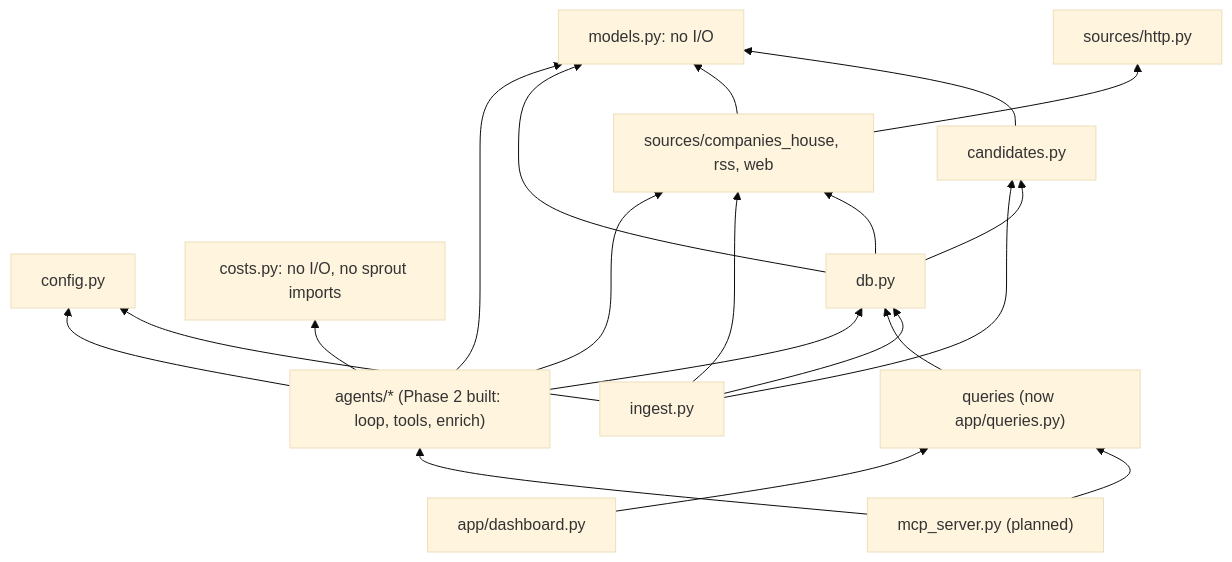
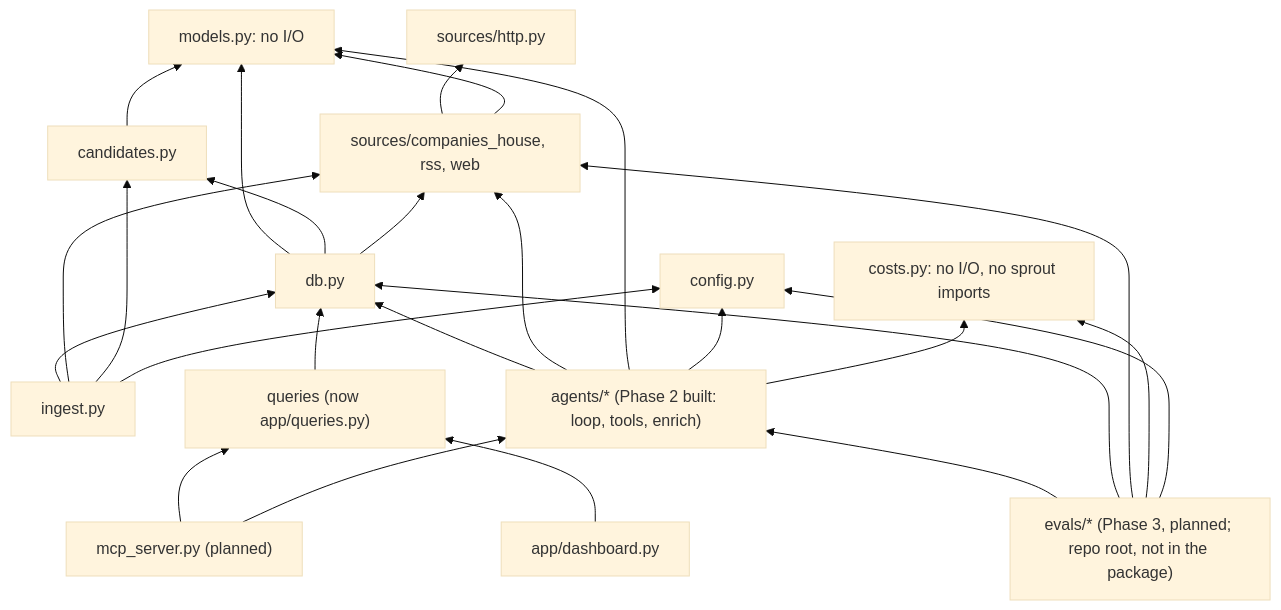
Before and after one commit to Farzaanee/sprout: the tenth of 12 diagrams in docs/architecture.md, drawn with Mermaid (base theme). The commit also changed other lines of this file and 1 other file, not shown here.

Commit message:
update architecture.md for phase 3 - Evals & guardrails

````diff
--- a/docs/architecture.md
+++ b/docs/architecture.md
@@ -403,34 +438,40 @@
 ```mermaid
 flowchart BT
     models["models.py: no I/O"]
     config["config.py"]
     costs["costs.py: no I/O, no sprout imports"]
     candidates["candidates.py"]
     http["sources/http.py"]
     sources["sources/companies_house, rss, web"]
     db["db.py"]
     ingest["ingest.py"]
     queries["queries (now app/queries.py)"]
     agents["agents/* (Phase 2 built: loop, tools, enrich)"]
     mcp["mcp_server.py (planned)"]
     dash["app/dashboard.py"]
+    evals["evals/* (Phase 3, planned; repo root, not in the package)"]
     candidates --> models
     sources --> http
     sources --> models
     db --> models
     db --> candidates
     db --> sources
     ingest --> db
     ingest --> sources
     ingest --> candidates
     ingest --> config
     queries --> db
     agents --> db
     agents --> sources
     agents --> models
     agents --> config
     agents --> costs
     mcp --> queries
     mcp --> agents
     dash --> queries
+    evals --> agents
+    evals --> db
+    evals --> sources
+    evals --> costs
+    evals --> config
 ```
````
